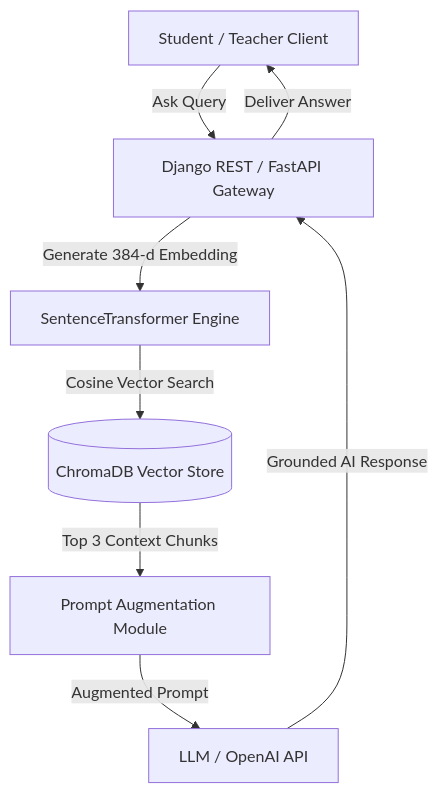
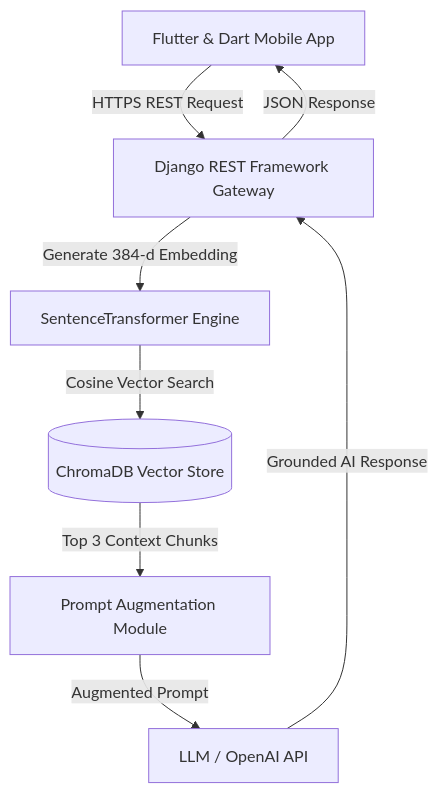
Before and after one commit to sridhar8910/sridhar8910: the first of 3 diagrams in README.md, drawn with Mermaid. The commit also changed other lines of this file and 2 other files, not shown here.

Commit message:
fix: update tech stack specs - Flutter/Dart for NeevPath & SoulSupport, React for VerifiHireAI, Python/Django REST Framework for all backends

````diff
--- a/README.md
+++ b/README.md
@@ -65,10 +54,10 @@
 ```mermaid
 flowchart TD
-    A[Student / Teacher Client] -->|Ask Query| B[Django REST / FastAPI Gateway]
+    A[Flutter & Dart Mobile App] -->|HTTPS REST Request| B[Django REST Framework Gateway]
     B -->|Generate 384-d Embedding| C[SentenceTransformer Engine]
     C -->|Cosine Vector Search| D[(ChromaDB Vector Store)]
     D -->|Top 3 Context Chunks| E[Prompt Augmentation Module]
     E -->|Augmented Prompt| F[LLM / OpenAI API]
     F -->|Grounded AI Response| B
-    B -->|Deliver Answer| A
+    B -->|JSON Response| A
 ```
````
